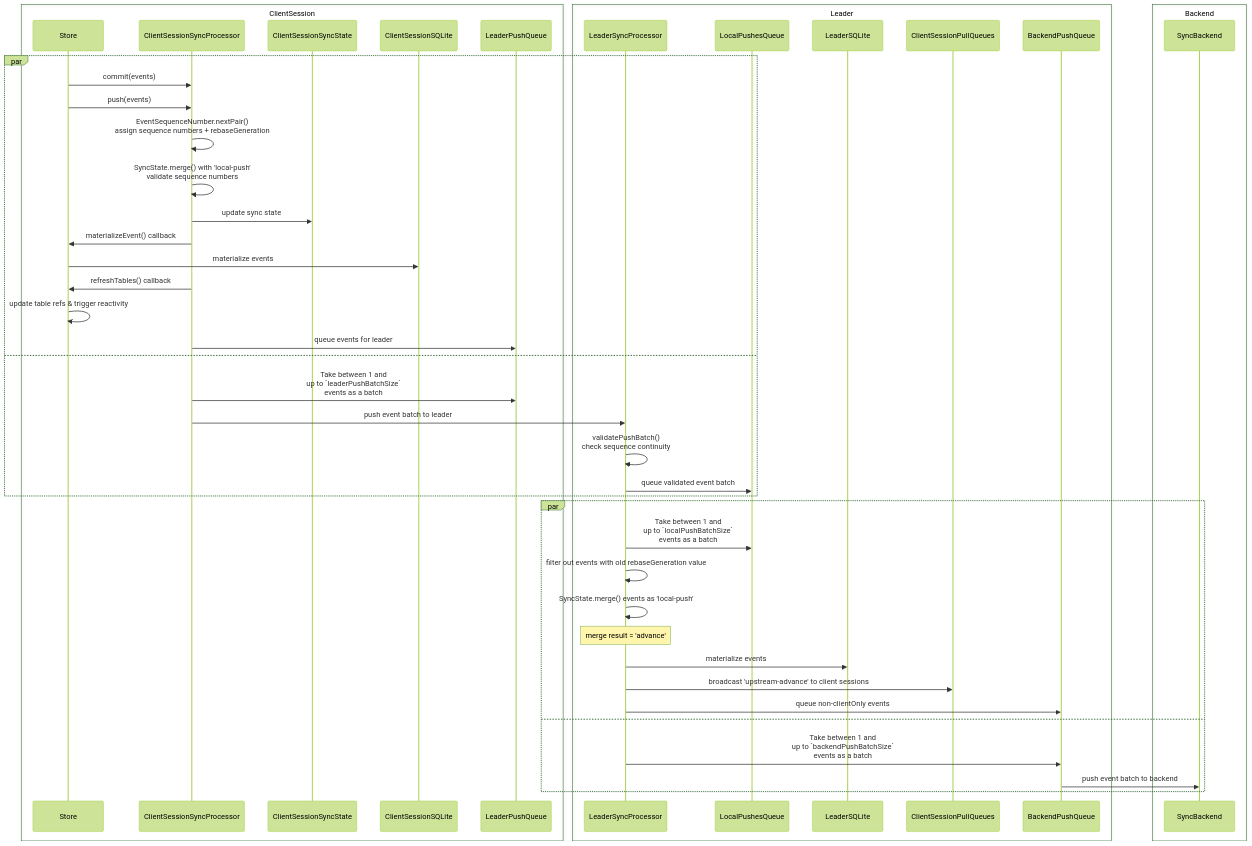
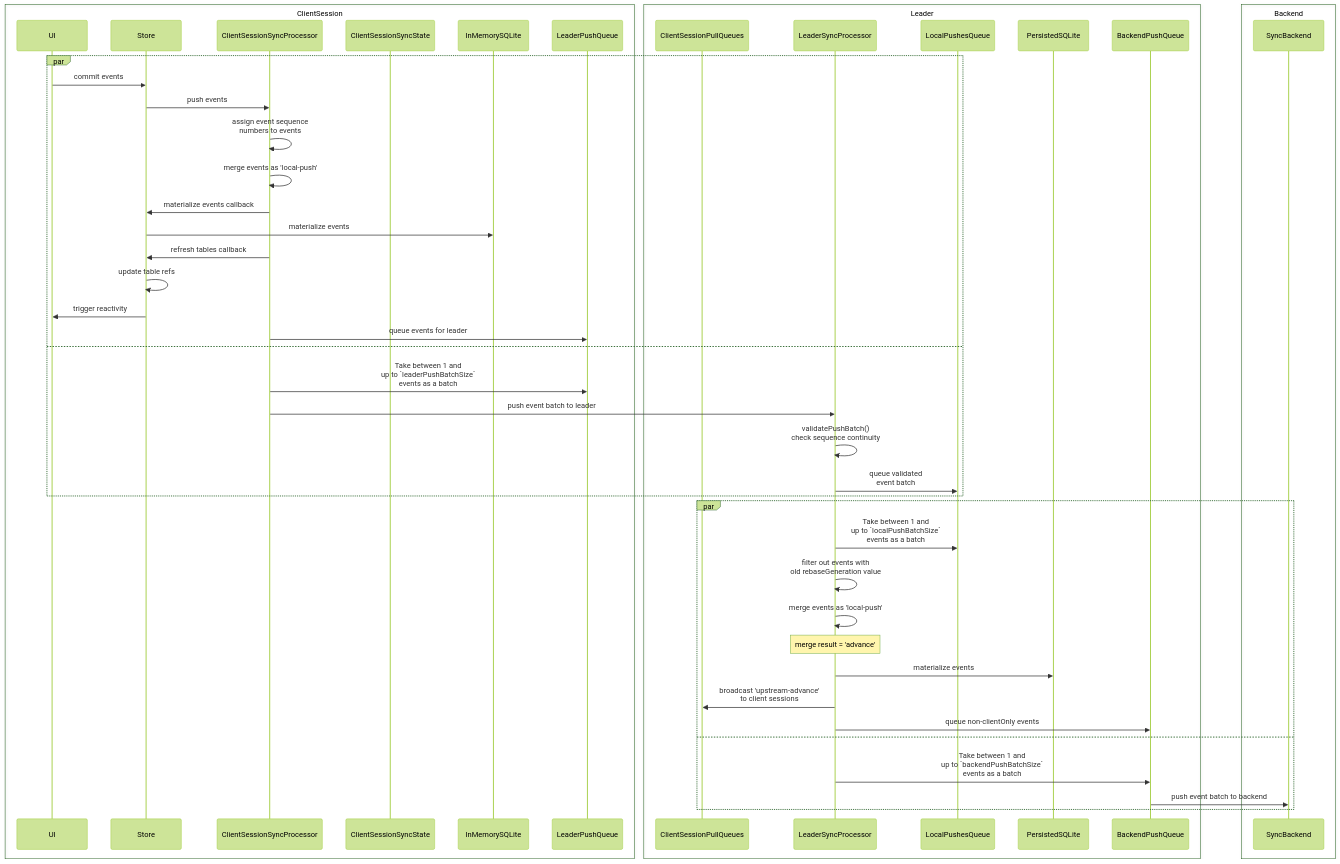
Before and after one commit to livestorejs/livestore: the diagram in docs/src/content/docs/reference/syncing/diagrams/event-commit-scenario.mermaid, drawn with Mermaid (forest theme). The commit also changed 5 other files, not shown here.

Commit message:
docs(reference): syncing sequence diagrams

```diff
--- a/docs/src/content/docs/reference/syncing/diagrams/event-commit-scenario.mermaid
+++ b/docs/src/content/docs/reference/syncing/diagrams/event-commit-scenario.mermaid
@@ -1,51 +1,52 @@
 sequenceDiagram
     box ClientSession
+        participant UI
         participant Store
         participant CSSP as ClientSessionSyncProcessor
         participant ClientSessionSyncState
-        participant ClientSessionSQLite
+        participant InMemorySQLite
         participant LeaderPushQueue
     end
     box Leader
+        participant ClientSessionPullQueues
         participant LSP as LeaderSyncProcessor
         participant LocalPushesQueue
-        participant LeaderSQLite
-        participant ClientSessionPullQueues
+        participant PersistedSQLite
         participant BackendPushQueue
     end
     box Backend
         participant SyncBackend
     end
 
         par
-            Store->>CSSP: commit(events)
-            Store->>CSSP: push(events)
-            CSSP->>CSSP: EventSequenceNumber.nextPair()<br/>assign sequence numbers + rebaseGeneration
-            CSSP->>CSSP: SyncState.merge() with 'local-push'<br/>validate sequence numbers
-            CSSP->>ClientSessionSyncState: update sync state
-            CSSP->>Store: materializeEvent() callback
-            Store->>ClientSessionSQLite: materialize events
-            CSSP->>Store: refreshTables() callback
-            Store->>Store: update table refs & trigger reactivity
+            UI->>Store: commit events
+            Store->>CSSP: push events
+            CSSP->>CSSP: assign event sequence<br>numbers to events
+            CSSP->>CSSP: merge events as 'local-push'
+            CSSP->>Store: materialize events callback
+            Store->>InMemorySQLite: materialize events
+            CSSP->>Store: refresh tables callback
+            Store->>Store: update table refs
+            Store->>UI: trigger reactivity
             CSSP->>LeaderPushQueue: queue events for leader
         and
             CSSP->>LeaderPushQueue: Take between 1 and <br/>up to `leaderPushBatchSize`<br/>events as a batch
             CSSP->>LSP: push event batch to leader
 
 
             LSP->>LSP: validatePushBatch()<br/>check sequence continuity
-            LSP->>LocalPushesQueue: queue validated event batch
+            LSP->>LocalPushesQueue: queue validated<br>event batch
         end
 
         par
             LSP->>LocalPushesQueue: Take between 1 and <br/>up to `localPushBatchSize`<br/>events as a batch
-            LSP->>LSP: filter out events with old rebaseGeneration value
-            LSP->>LSP: SyncState.merge() events as 'local-push'
+            LSP->>LSP: filter out events with<br>old rebaseGeneration value
+            LSP->>LSP: merge events as 'local-push'
             Note over LSP: merge result = 'advance'
-            LSP->>LeaderSQLite: materialize events
-            LSP->>ClientSessionPullQueues: broadcast 'upstream-advance' to client sessions
+            LSP->>PersistedSQLite: materialize events
+            LSP->>ClientSessionPullQueues: broadcast 'upstream-advance'<br/>to client sessions
             LSP->>BackendPushQueue: queue non-clientOnly events
         and
             LSP->> BackendPushQueue: Take between 1 and <br/>up to `backendPushBatchSize`<br/>events as a batch
             BackendPushQueue->>SyncBackend: push event batch to backend
     end
```
